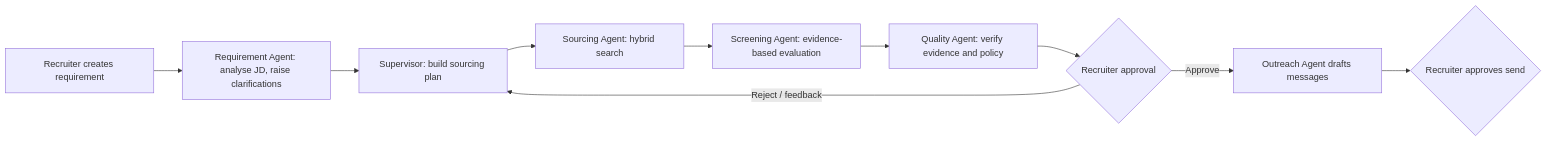
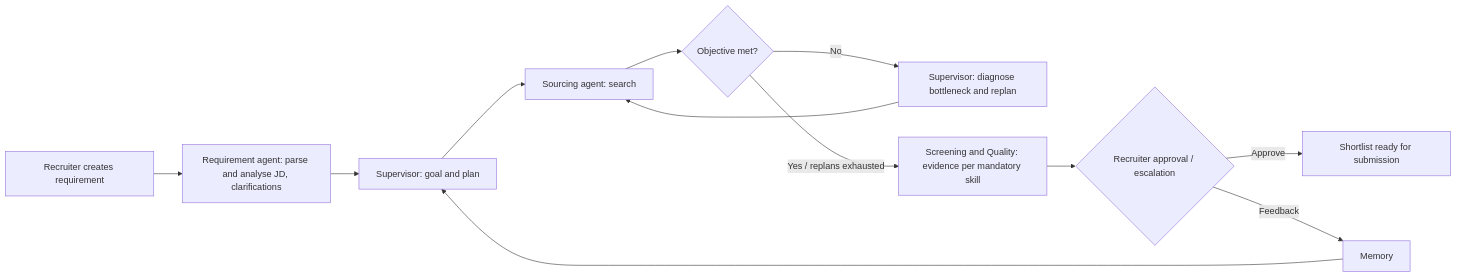
One commit to a54000/talentscout-agentic-hr changed the second of 2 diagrams in docs/00-discovery/requirements-gathering.md. Above: the diagram before and after it, drawn with Mermaid. The commit also changed other lines of this file and 19 other files, not shown here.

````diff
--- a/docs/00-discovery/requirements-gathering.md
+++ b/docs/00-discovery/requirements-gathering.md
@@ -94,12 +77,13 @@
 ```mermaid
 flowchart LR
-  A[Recruiter creates requirement] --> B[Requirement Agent: analyse JD, raise clarifications]
-  B --> C[Supervisor: build sourcing plan]
-  C --> D[Sourcing Agent: hybrid search]
-  D --> E[Screening Agent: evidence-based evaluation]
-  E --> F[Quality Agent: verify evidence and policy]
-  F --> G{Recruiter approval}
-  G -- Approve --> H[Outreach Agent drafts messages]
-  G -- Reject / feedback --> C
-  H --> I{Recruiter approves send}
+  A[Recruiter creates requirement] --> B[Requirement agent: parse and analyse JD, clarifications]
+  B --> C[Supervisor: goal and plan]
+  C --> D[Sourcing agent: search]
+  D --> E{Objective met?}
+  E -- No --> F[Supervisor: diagnose bottleneck and replan]
+  F --> D
+  E -- Yes / replans exhausted --> G[Screening and Quality: evidence per mandatory skill]
+  G --> H{Recruiter approval / escalation}
+  H -- Approve --> I[Shortlist ready for submission]
+  H -- Feedback --> J[Memory] --> C
 ```
````
